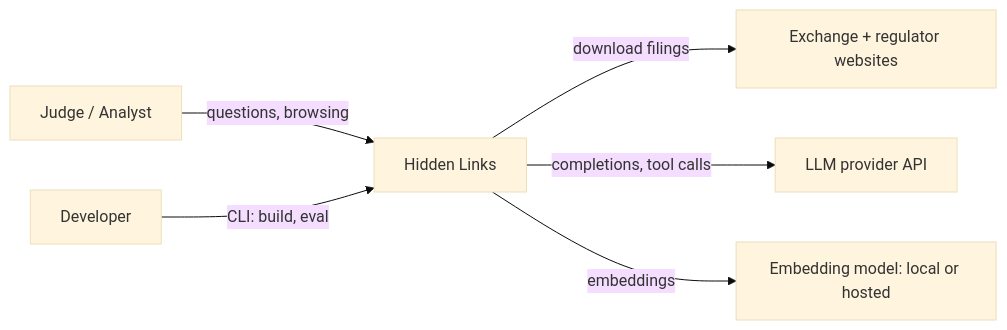
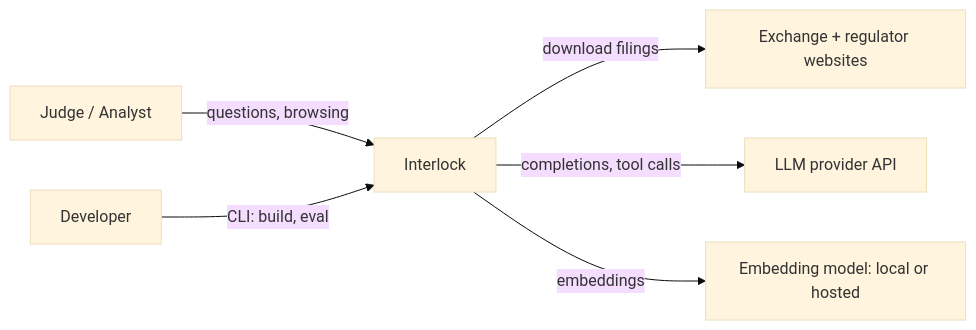
The first of 11 diagrams in docs/ARCHITECTURE.md (Tetra4ge/Interlock-TG), drawn with Mermaid (base theme) before and after one commit. The commit also changed other lines of this file and 14 other files, not shown here.

Commit message:
refactor: rename project from Hidden Links to Interlock and add system architecture diagram to README

````diff
--- a/docs/ARCHITECTURE.md
+++ b/docs/ARCHITECTURE.md
@@ -24,8 +24,8 @@
 ```mermaid
 flowchart LR
-    Judge[Judge / Analyst] -->|questions, browsing| HL[Hidden Links]
+    Judge[Judge / Analyst] -->|questions, browsing| HL[Interlock]
     Dev[Developer] -->|CLI: build, eval| HL
     HL -->|download filings| Sources[Exchange + regulator websites]
     HL -->|completions, tool calls| LLM[LLM provider API]
     HL -->|embeddings| EMB[Embedding model: local or hosted]
 ```
````
